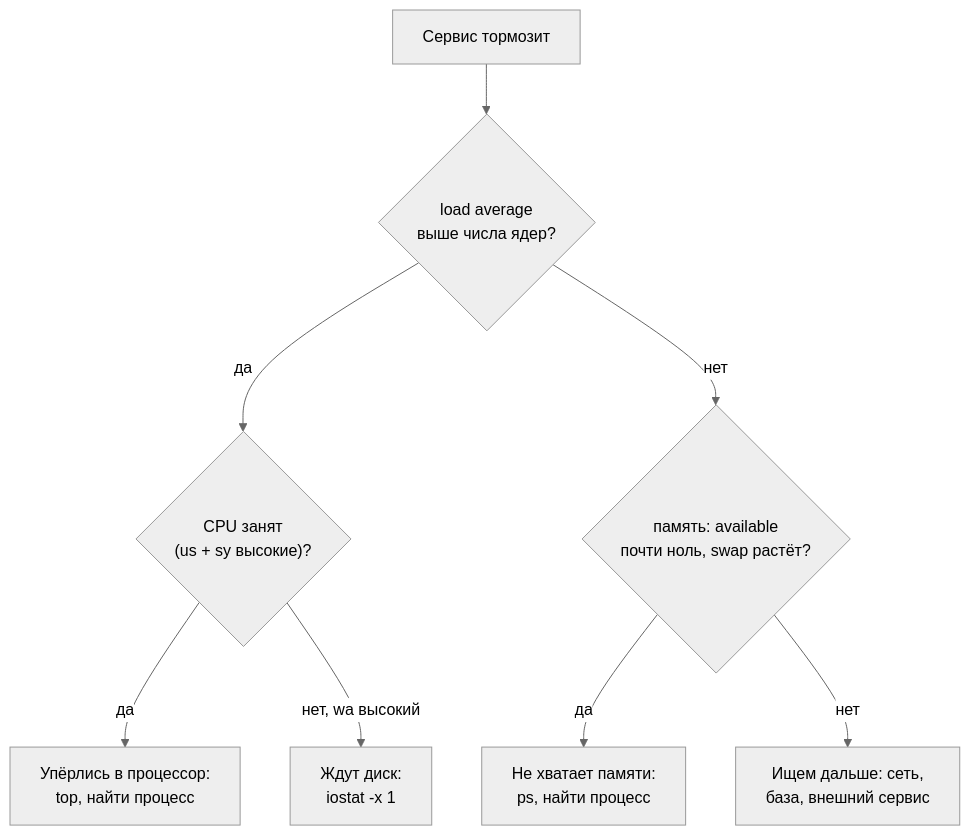
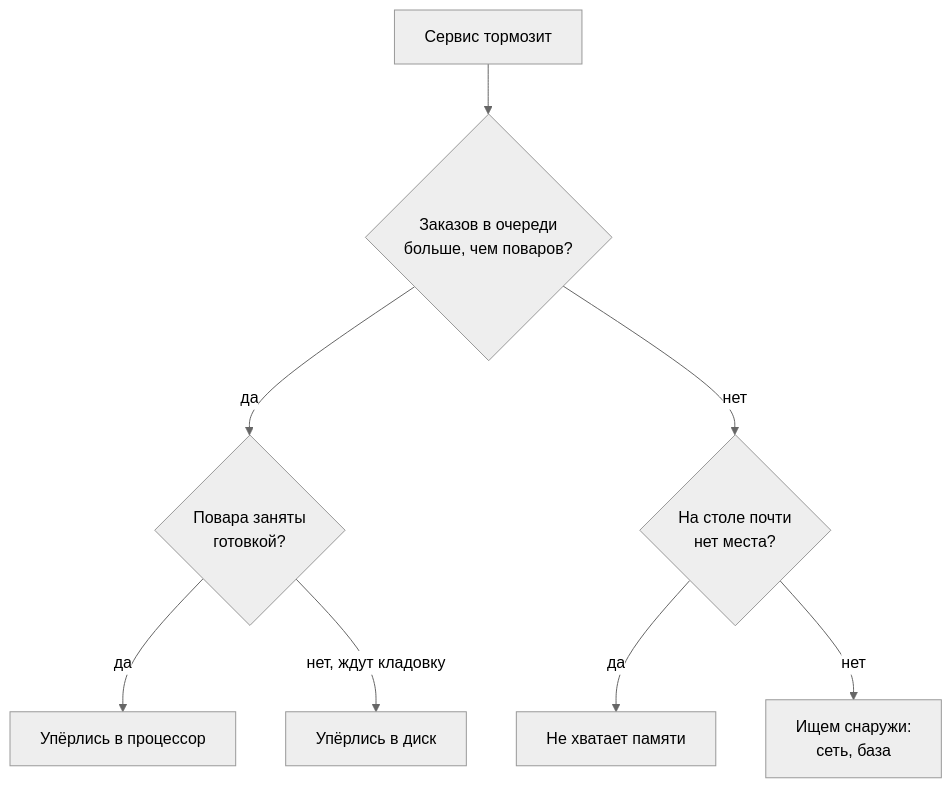
One commit to distinguished-sre/load-tester changed the first of 3 diagrams in 01-linux/03-processes-resources.md. Above: the diagram before and after it, drawn with Mermaid (neutral theme). The commit also changed other lines of this file and 4 other files, not shown here.

````diff
--- a/01-linux/03-processes-resources.md
+++ b/01-linux/03-processes-resources.md
@@ -34,10 +33,10 @@
 ```mermaid
 flowchart TD
-    A["Сервис тормозит"] --> B{"load average<br/>выше числа ядер?"}
-    B -->|да| C{"CPU занят<br/>(us + sy высокие)?"}
-    B -->|нет| F{"память: available<br/>почти ноль, swap растёт?"}
-    C -->|да| D["Упёрлись в процессор:<br/>top, найти процесс"]
-    C -->|нет, wa высокий| E["Ждут диск:<br/>iostat -x 1"]
-    F -->|да| G["Не хватает памяти:<br/>ps, найти процесс"]
-    F -->|нет| H["Ищем дальше: сеть,<br/>база, внешний сервис"]
+    A["Сервис тормозит"] --> B{"Заказов в очереди<br/>больше, чем поваров?"}
+    B -->|да| C{"Повара заняты<br/>готовкой?"}
+    B -->|нет| F{"На столе почти<br/>нет места?"}
+    C -->|да| D["Упёрлись в процессор"]
+    C -->|нет, ждут кладовку| E["Упёрлись в диск"]
+    F -->|да| G["Не хватает памяти"]
+    F -->|нет| H["Ищем снаружи:<br/>сеть, база"]
 ```
````
